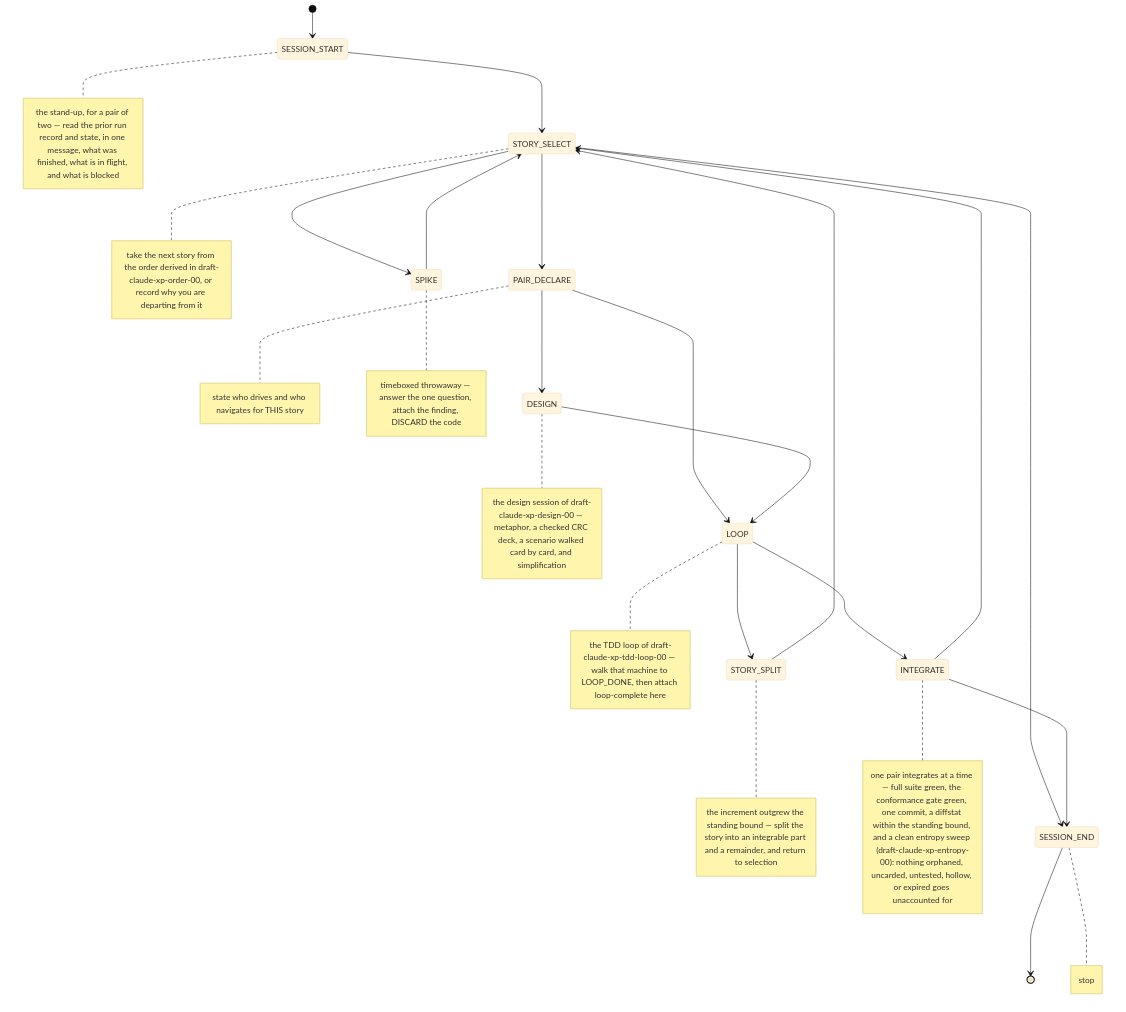
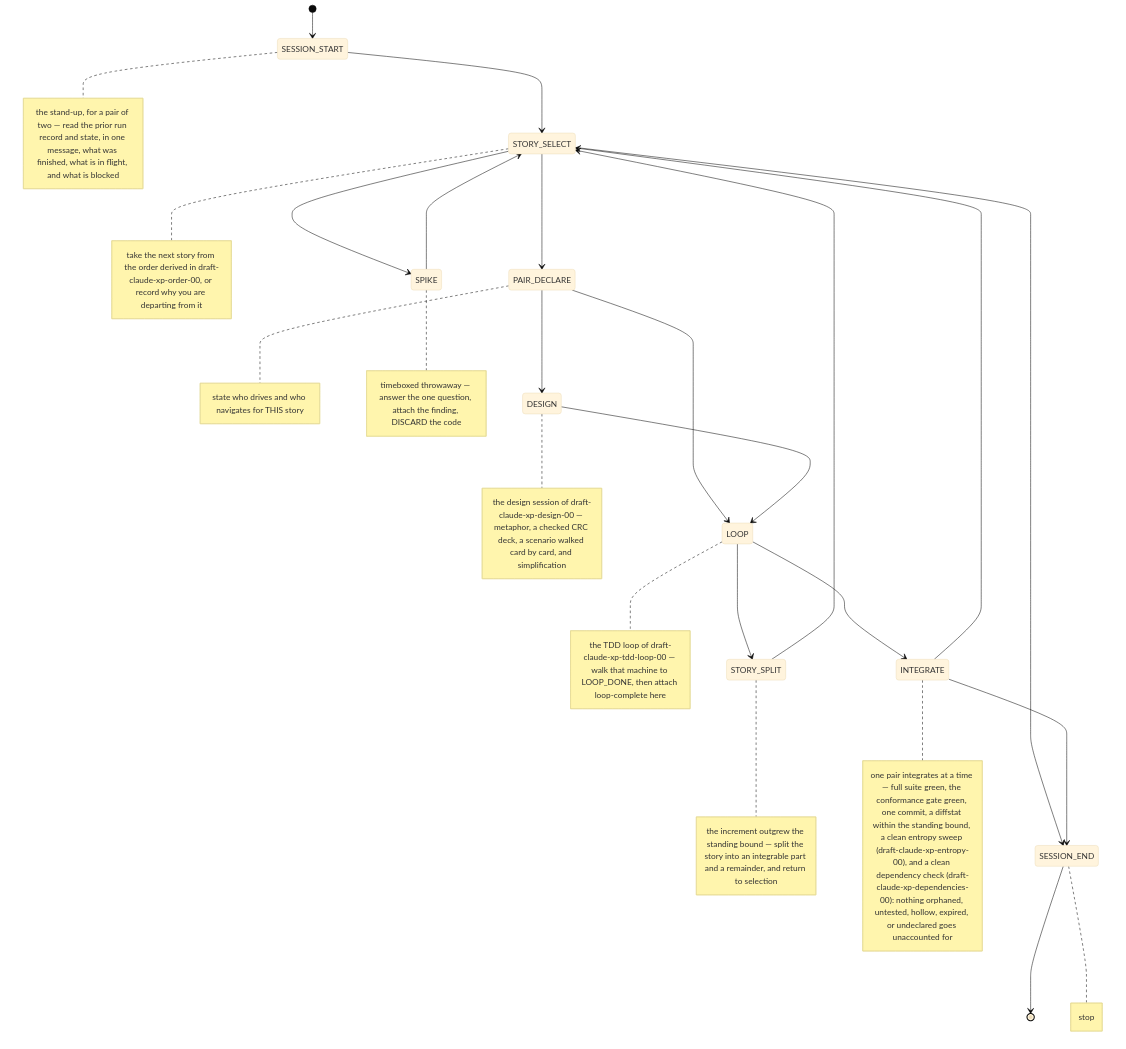
The diagram in rfc/draft-claude-xp-pairing-00.md (nnunley/llm-rfc-skill), drawn with Mermaid (base theme) before and after one commit. The commit also changed other lines of this file and 5 other files, not shown here.

````diff
--- a/rfc/draft-claude-xp-pairing-00.md
+++ b/rfc/draft-claude-xp-pairing-00.md
@@ -127,45 +127,45 @@
 ```mermaid
 stateDiagram-v2
     [*] --> SESSION_START
     SESSION_START --> STORY_SELECT
     STORY_SELECT --> PAIR_DECLARE
     STORY_SELECT --> SPIKE
     STORY_SELECT --> SESSION_END
     SPIKE --> STORY_SELECT
     PAIR_DECLARE --> LOOP
     PAIR_DECLARE --> DESIGN
     DESIGN --> LOOP
     LOOP --> INTEGRATE
     LOOP --> STORY_SPLIT
     STORY_SPLIT --> STORY_SELECT
     INTEGRATE --> STORY_SELECT
     INTEGRATE --> SESSION_END
     SESSION_END --> [*]
     note right of DESIGN
         the design session of draft-claude-xp-design-00 — metaphor, a checked CRC deck, a scenario walked card by card, and simplification
     end note
     note right of STORY_SPLIT
         the increment outgrew the standing bound — split the story into an integrable part and a remainder, and return to selection
     end note
     note right of SESSION_END
         stop
     end note
     note right of LOOP
         the TDD loop of draft-claude-xp-tdd-loop-00 — walk that machine to LOOP_DONE, then attach loop-complete here
     end note
     note right of PAIR_DECLARE
         state who drives and who navigates for THIS story
     end note
     note right of INTEGRATE
-        one pair integrates at a time — full suite green, the conformance gate green, one commit, a diffstat within the standing bound, and a clean entropy sweep (draft-claude-xp-entropy-00): nothing orphaned, uncarded, untested, hollow, or expired goes unaccounted for
+        one pair integrates at a time — full suite green, the conformance gate green, one commit, a diffstat within the standing bound, a clean entropy sweep (draft-claude-xp-entropy-00), and a clean dependency check (draft-claude-xp-dependencies-00): nothing orphaned, untested, hollow, expired, or undeclared goes unaccounted for
     end note
     note right of SPIKE
         timeboxed throwaway — answer the one question, attach the finding, DISCARD the code
     end note
     note right of SESSION_START
         the stand-up, for a pair of two — read the prior run record and state, in one message, what was finished, what is in flight, and what is blocked
     end note
     note right of STORY_SELECT
         take the next story from the order derived in draft-claude-xp-order-00, or record why you are departing from it
     end note
 ```
````
